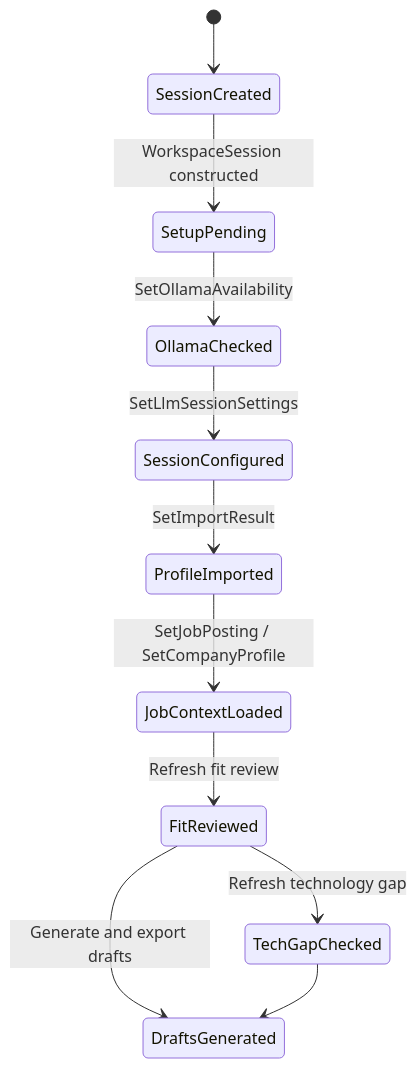
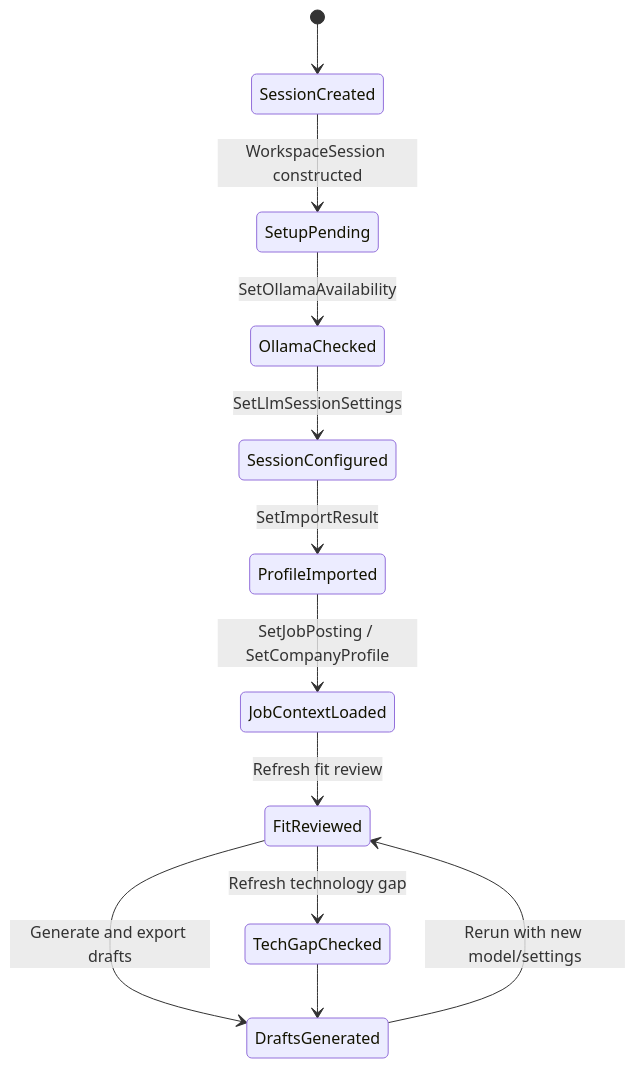
One commit to hennie42/li-jobber changed the third of 20 diagrams in docs/details.md. Above: the diagram before and after it, drawn with Mermaid. The commit also changed other lines of this file and 1 other file, not shown here.

````diff
--- a/docs/details.md
+++ b/docs/details.md
@@ -120,13 +148,14 @@
 ```mermaid
 stateDiagram-v2
     [*] --> SessionCreated
     SessionCreated --> SetupPending: WorkspaceSession constructed
     SetupPending --> OllamaChecked: SetOllamaAvailability
     OllamaChecked --> SessionConfigured: SetLlmSessionSettings
     SessionConfigured --> ProfileImported: SetImportResult
     ProfileImported --> JobContextLoaded: SetJobPosting / SetCompanyProfile
     JobContextLoaded --> FitReviewed: Refresh fit review
     FitReviewed --> TechGapChecked: Refresh technology gap
     FitReviewed --> DraftsGenerated: Generate and export drafts
     TechGapChecked --> DraftsGenerated
+    DraftsGenerated --> FitReviewed: Rerun with new model/settings
 ```
````
